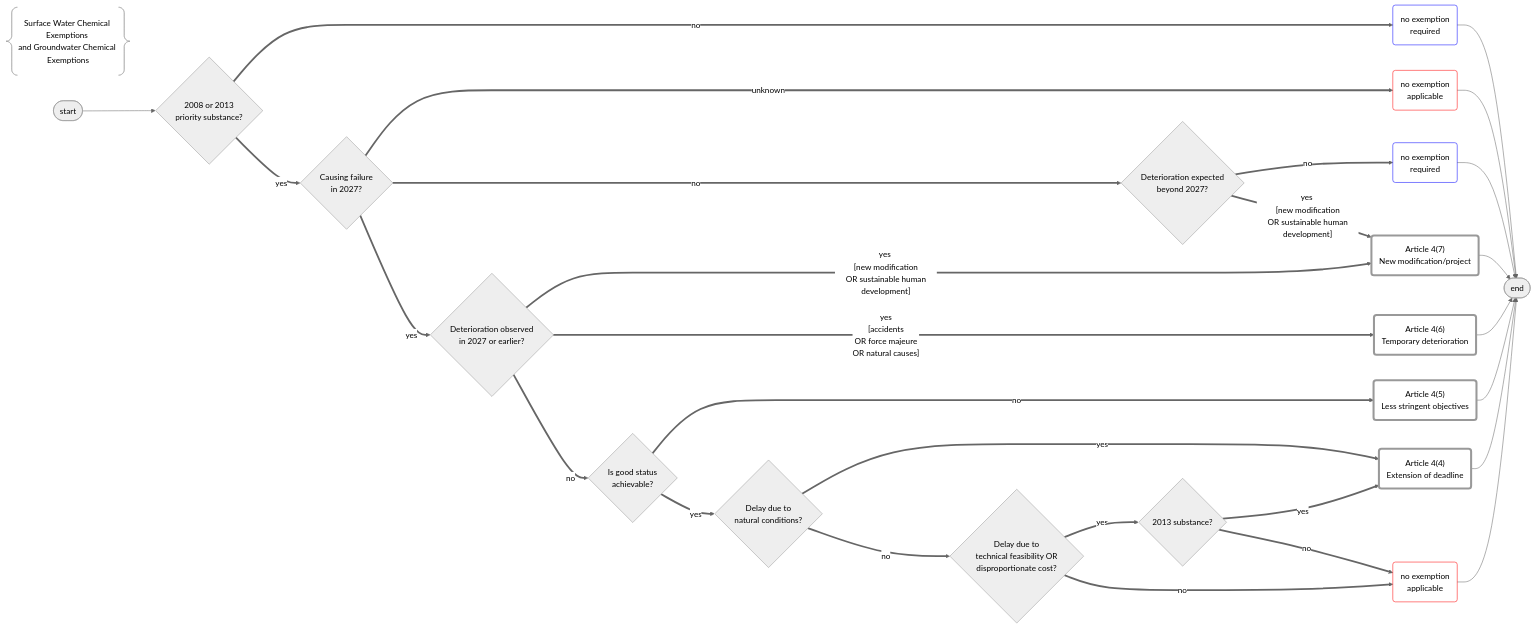
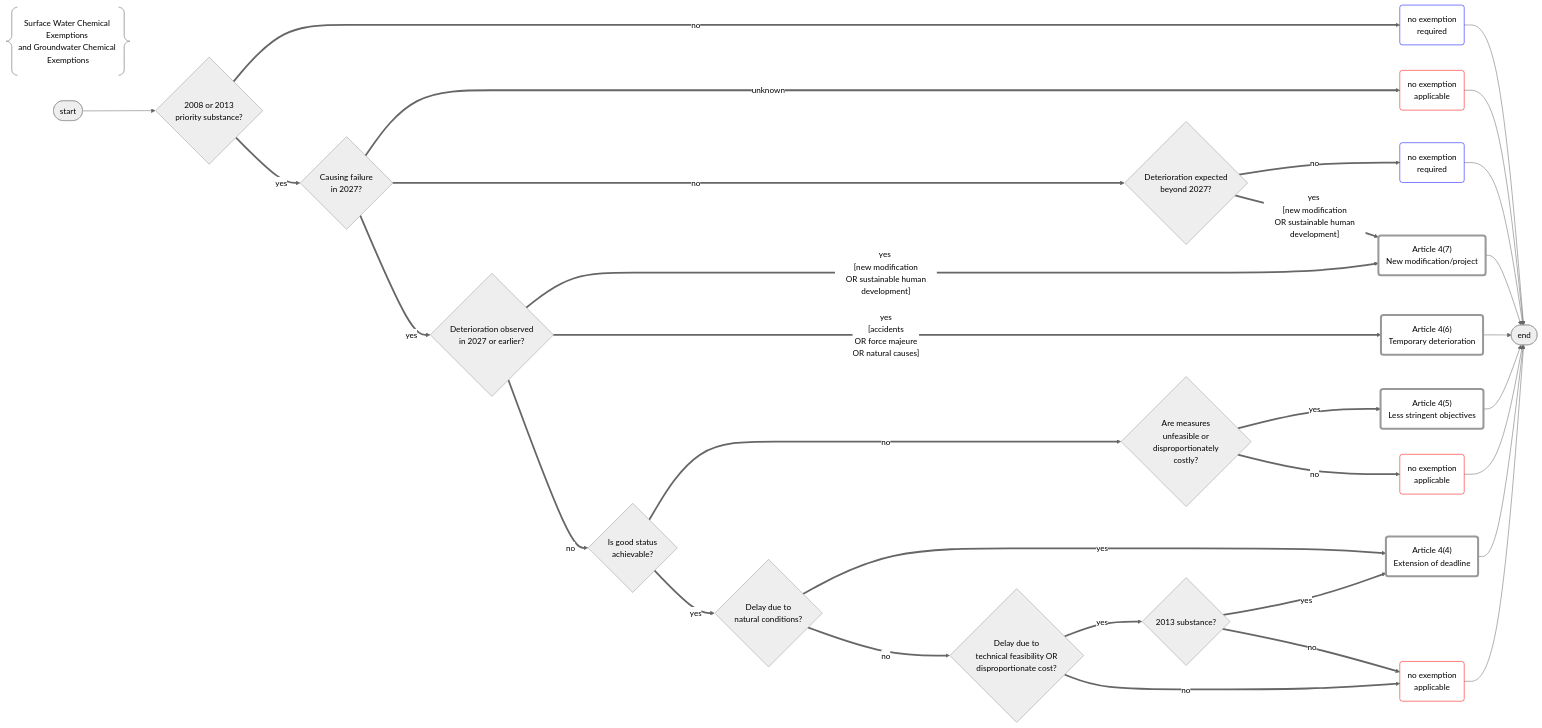
One commit to eeadata/WISE.WFD.Documentation changed the diagram in docs/DataModelReview/mmd/ChemicalExemption_Flowchart.mmd. Above: the diagram before and after it, drawn with Mermaid. The commit also changed 3 other files, not shown here.

Commit message:
WFD Exemptions: clarification of the flowcharts, correction of codelist and typos, as per JM feedback 20 April 2026 16:06

```diff
--- a/docs/DataModelReview/mmd/ChemicalExemption_Flowchart.mmd
+++ b/docs/DataModelReview/mmd/ChemicalExemption_Flowchart.mmd
@@ -1,94 +1,99 @@
 %%{init: {'theme': 'neutral'}}%%
 
 flowchart LR
 
 %% Surface Water Chemical Exemptions and Groundwater Chemical Exemptions
 title@{ shape: braces, label: "Surface Water Chemical Exemptions \n and Groundwater Chemical Exemptions" }
 
 %% Defining the nodes
 		
 initial([start])
 final([end])
 
 %% duplicate nodeS for just for flowchart readability
 hasNoApplicableExemption_1("no exemption \n required"):::stateBlue
 hasNoApplicableExemption_2("no exemption \n applicable"):::stateRed
 hasNoApplicableExemption_3("no exemption \n required"):::stateBlue
 hasNoApplicableExemption_4("no exemption \n applicable"):::stateRed
+hasNoApplicableExemption_5("no exemption \n applicable"):::stateRed
 
 hasExemption44("Article 4(4) \n Extension of deadline"):::state
 hasExemption45("Article 4(5) \n Less stringent objectives"):::state
 hasExemption46("Article 4(6) \n Temporary deterioration"):::state
 hasExemption47("Article 4(7) \n New modification/project"):::state
 
 %% Defining the decisions
 
 %% WE NEED THE LISTS!
 is2026Substance{"2008 or 2013 \n priority substance?"}
 is2013Substance{"2013 substance?"}
 
 isCausingFailureIn2027{"Causing failure \n in 2027?"}
 isDeteriorationExpected{"Deterioration expected \n beyond 2027?"}
 isDeteriorationObserved{"Deterioration observed \n in 2027 or earlier?"}
 isGoodStatusAchievable{"Is good status \n achievable?"}
+isUnfeasibleOrCostly{"Are measures \n unfeasible or \n disproportionately \n costly?"}
 isDelayDueToNaturalConditions{"Delay due to \n natural conditions?"}
 isDelayDueToFeasibilityOrCost{"Delay due to \n technical feasibility OR \n disproportionate cost?"}
 
 %% Flow to TERMINATORS
 
 initial --> is2026Substance
 hasNoApplicableExemption_1 --> final
 hasNoApplicableExemption_2 --> final
 hasNoApplicableExemption_3 --> final
 hasNoApplicableExemption_4 --> final
+hasNoApplicableExemption_5 --> final
 
 hasExemption47 --> final 
 hasExemption46 --> final 
 hasExemption45 --> final 
 hasExemption44 --> final 
 
 %% THE IMPORTANT PART STARTS HERE
 
     %% EXEMPTIONS DON'T APPLY TO 2026 SUBSTANCES
     is2026Substance ==> |no| hasNoApplicableExemption_1
     is2026Substance ==> |yes| isCausingFailureIn2027
 
     %% NO EXEMPTION POSSIBLE - If the status is unknown, then exemptions cannot be reported
     isCausingFailureIn2027 ==> |unknown| hasNoApplicableExemption_2
 
     %% NO EXEMPTION NEEDED - if the status is not failing and no deterioration is expected, then no exemption is needed
     isCausingFailureIn2027 ==> |no| isDeteriorationExpected
     isDeteriorationExpected ==> |no| hasNoApplicableExemption_3
 
     %% ARTICLE 4(7) - DETERIORATION DUE TO NEW MODIFICATION OR PROJECT
     isDeteriorationExpected ==> |"yes \n [new modification \n OR sustainable human development]"| hasExemption47
         
     %% ARTICLE 4(6) - DETERIORATION DUE TO ACCIDENTS OR FORCE MAJEURE OR NATURAL CAUSES
     isCausingFailureIn2027 ==> |yes| isDeteriorationObserved
     isDeteriorationObserved ==> |"yes \n [new modification \n OR sustainable human development]"| hasExemption47
     isDeteriorationObserved ==> |"yes \n [accidents  \n OR force majeure  \n OR natural causes]"| hasExemption46
     isDeteriorationObserved ==> |no| isGoodStatusAchievable
 
     %% ARTICLE 4(5) - LESS STRINGENT OBJECTIVES
-    isGoodStatusAchievable ==>|no| hasExemption45
+    isGoodStatusAchievable ==>|no|isUnfeasibleOrCostly
+    isUnfeasibleOrCostly ==> |yes|hasExemption45
+    isUnfeasibleOrCostly ==> |no|hasNoApplicableExemption_4
 
     %% ARTICLE 4(4) EXTENSION OF DEADLINE - NATURAL CONDITIONS
     isGoodStatusAchievable ==> |yes| isDelayDueToNaturalConditions
             
     isDelayDueToNaturalConditions ==> |yes| hasExemption44
             
     %% ARTICLE 4(5) EXTENSION OF DEADLINE - FEASIBILITY OR COST - ONLY FOR 2013 SUBSTANCES
     isDelayDueToNaturalConditions ==> |no| isDelayDueToFeasibilityOrCost
     isDelayDueToFeasibilityOrCost ==> |yes| is2013Substance
 
     is2013Substance ==> |yes| hasExemption44
 
-    is2013Substance ==> |no| hasNoApplicableExemption_4
+    is2013Substance ==> |no| hasNoApplicableExemption_5
 
-    isDelayDueToFeasibilityOrCost ==> |no| hasNoApplicableExemption_4
+    isDelayDueToFeasibilityOrCost ==> |no| hasNoApplicableExemption_5
     
 
 %% styling
 classDef state stroke-width:4px,fill:transparent
 classDef stateRed stroke:red,fill:transparent
 classDef stateBlue stroke:blue,fill:transparent
```
